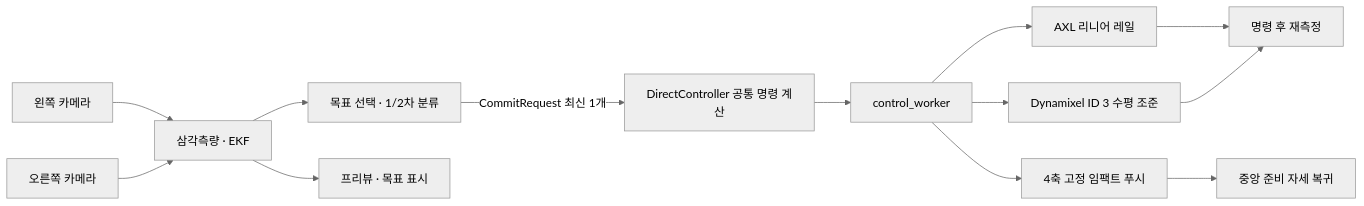
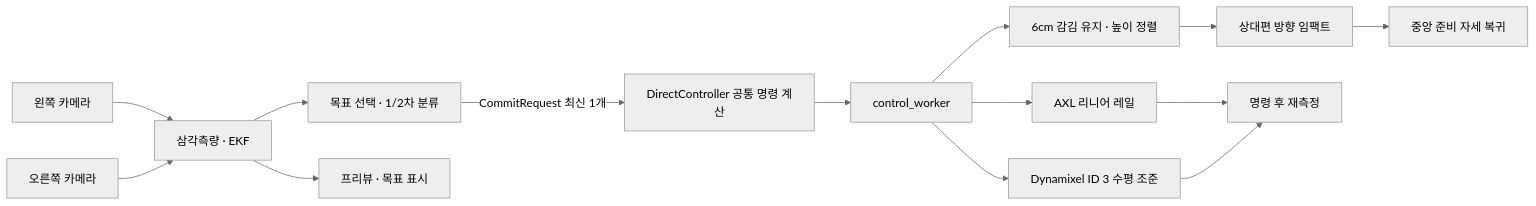
Before and after one commit to luv-all/pingpong-bot: the diagram in src/real/README.md, drawn with Mermaid (neutral theme). The commit also changed other lines of this file and 9 other files, not shown here.

First line of the commit message:
feat: implement aligned impact sequence and ready prewind for improved ball handling

````diff
--- a/src/real/README.md
+++ b/src/real/README.md
@@ -24,15 +30,16 @@
 ```mermaid
 flowchart LR
     camL["왼쪽 카메라"] --> est["삼각측량 · EKF"]
     camR["오른쪽 카메라"] --> est
     est --> stage["목표 선택 · 1/2차 분류"]
     stage -->|"CommitRequest 최신 1개"| shared["DirectController 공통 명령 계산"]
     shared --> ctl["control_worker"]
     ctl --> rail["AXL 리니어 레일"]
     ctl --> aim["Dynamixel ID 3 수평 조준"]
-    ctl --> impact["4축 고정 임팩트 푸시"]
+    ctl --> windup["6cm 감김 유지 · 높이 정렬"]
+    windup --> impact["상대편 방향 임팩트"]
     rail --> readback["명령 후 재측정"]
     aim --> readback
     impact --> home["중앙 준비 자세 복귀"]
     est --> preview["프리뷰 · 목표 표시"]
 ```
````
